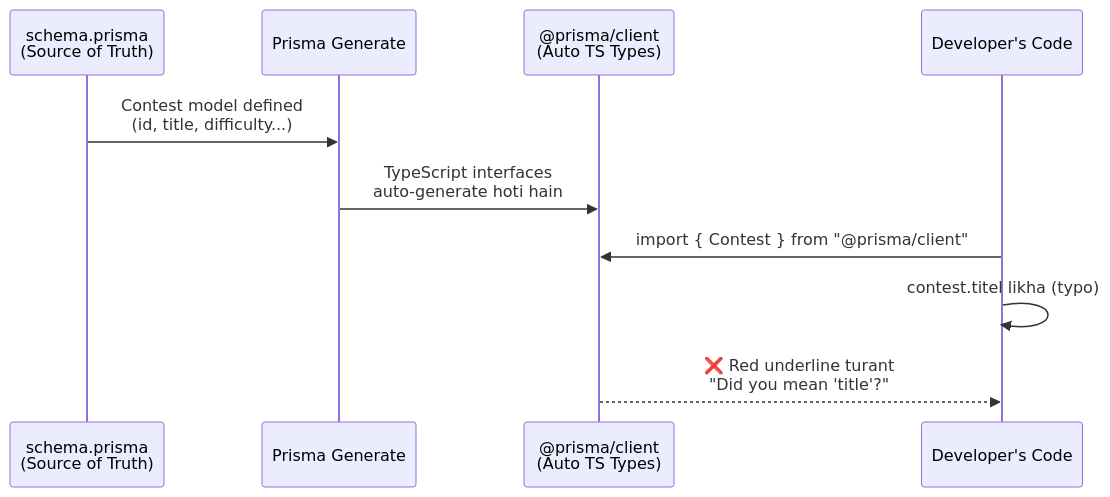
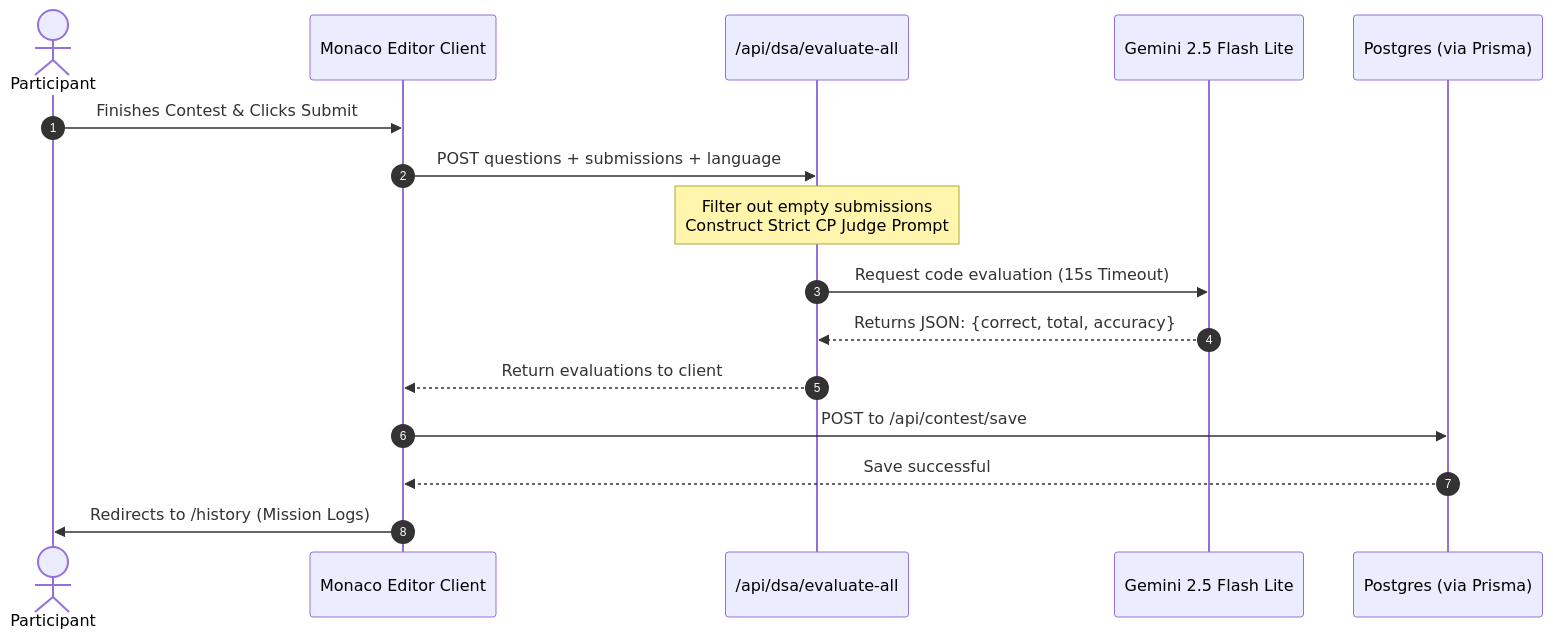
Before and after one commit to DevSars24/codeify: the fourth of 22 diagrams in README.md, drawn with Mermaid. The commit also changed other lines of this file, not shown here.

````diff
--- a/README.md
+++ b/README.md
@@ -73,13 +114,18 @@
 ```mermaid
 sequenceDiagram
-    participant Schema as schema.prisma<br/>(Source of Truth)
-    participant Prisma as Prisma Generate
-    participant Types as @prisma/client<br/>(Auto TS Types)
-    participant Dev as Developer's Code
-
-    Schema->>Prisma: Contest model defined<br/>(id, title, difficulty...)
-    Prisma->>Types: TypeScript interfaces<br/>auto-generate hoti hain
-    Dev->>Types: import { Contest } from "@prisma/client"
-    Dev->>Dev: contest.titel likha (typo)
-    Types-->>Dev: ❌ Red underline turant<br/>"Did you mean 'title'?"
+    autonumber
+    actor User as Participant
+    participant FE as Monaco Editor Client
+    participant API as /api/dsa/evaluate-all
+    participant Gemini as Gemini 2.5 Flash Lite
+    participant DB as Postgres (via Prisma)
+    User->>FE: Finishes Contest & Clicks Submit
+    FE->>API: POST questions + submissions + language
+    Note over API: Filter out empty submissions<br/>Construct Strict CP Judge Prompt
+    API->>Gemini: Request code evaluation (15s Timeout)
+    Gemini-->>API: Returns JSON: {correct, total, accuracy}
+    API-->>FE: Return evaluations to client
+    FE->>DB: POST to /api/contest/save
+    DB-->>FE: Save successful
+    FE->>User: Redirects to /history (Mission Logs)
 ```
````
